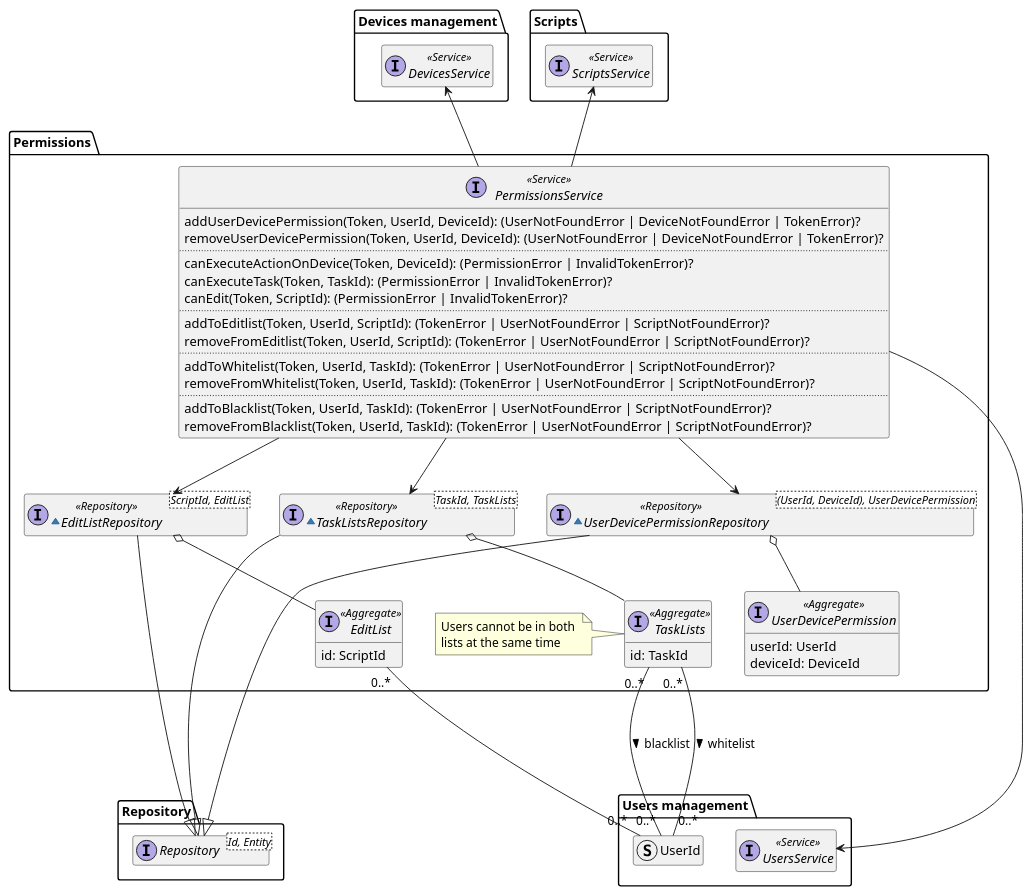
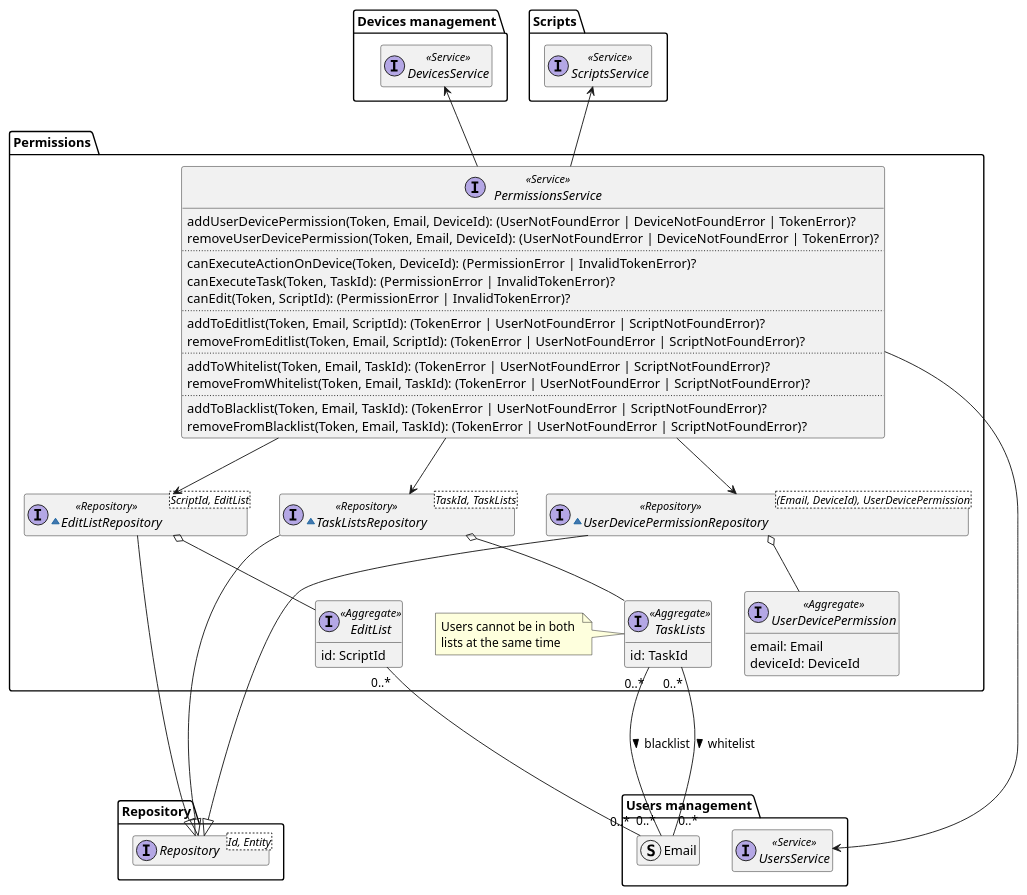
The diagram in diagrams/src/permissions-domain-model.puml (DomoticASW/.github), drawn with PlantUML before and after one commit. The commit also changed 7 other files, not shown here.

Commit message:
renamed UserId to Email in diagrams

```diff
--- a/diagrams/src/permissions-domain-model.puml
+++ b/diagrams/src/permissions-domain-model.puml
@@ -2,86 +2,86 @@
 @startuml permissions-domain-model
 
 hide empty members
 package Repository{
     interface Repository<Id, Entity>
 }
 
 package "Users management" as UsersManagement {
     interface UsersService <<Service>>
-    struct UserId
+    struct Email
 }
 
 package "Devices management" as DevicesManagement {
     interface DevicesService <<Service>>
 }
 
 package Scripts {
     interface ScriptsService <<Service>>
 }
 
 package "Permissions" {
     interface PermissionsService <<Service>> {
-        addUserDevicePermission(Token, UserId, DeviceId): (UserNotFoundError | DeviceNotFoundError | TokenError)?
-        removeUserDevicePermission(Token, UserId, DeviceId): (UserNotFoundError | DeviceNotFoundError | TokenError)?
+        addUserDevicePermission(Token, Email, DeviceId): (UserNotFoundError | DeviceNotFoundError | TokenError)?
+        removeUserDevicePermission(Token, Email, DeviceId): (UserNotFoundError | DeviceNotFoundError | TokenError)?
         ..
         canExecuteActionOnDevice(Token, DeviceId): (PermissionError | InvalidTokenError)?
         canExecuteTask(Token, TaskId): (PermissionError | InvalidTokenError)?
         canEdit(Token, ScriptId): (PermissionError | InvalidTokenError)?
         ..
-        addToEditlist(Token, UserId, ScriptId): (TokenError | UserNotFoundError | ScriptNotFoundError)?
-        removeFromEditlist(Token, UserId, ScriptId): (TokenError | UserNotFoundError | ScriptNotFoundError)?
+        addToEditlist(Token, Email, ScriptId): (TokenError | UserNotFoundError | ScriptNotFoundError)?
+        removeFromEditlist(Token, Email, ScriptId): (TokenError | UserNotFoundError | ScriptNotFoundError)?
         ..
-        addToWhitelist(Token, UserId, TaskId): (TokenError | UserNotFoundError | ScriptNotFoundError)?
-        removeFromWhitelist(Token, UserId, TaskId): (TokenError | UserNotFoundError | ScriptNotFoundError)?
+        addToWhitelist(Token, Email, TaskId): (TokenError | UserNotFoundError | ScriptNotFoundError)?
+        removeFromWhitelist(Token, Email, TaskId): (TokenError | UserNotFoundError | ScriptNotFoundError)?
         ..
-        addToBlacklist(Token, UserId, TaskId): (TokenError | UserNotFoundError | ScriptNotFoundError)?
-        removeFromBlacklist(Token, UserId, TaskId): (TokenError | UserNotFoundError | ScriptNotFoundError)?
+        addToBlacklist(Token, Email, TaskId): (TokenError | UserNotFoundError | ScriptNotFoundError)?
+        removeFromBlacklist(Token, Email, TaskId): (TokenError | UserNotFoundError | ScriptNotFoundError)?
     }
 
-    ~interface UserDevicePermissionRepository<(UserId, DeviceId), UserDevicePermission> <<Repository>> {
+    ~interface UserDevicePermissionRepository<(Email, DeviceId), UserDevicePermission> <<Repository>> {
     }
 
     interface UserDevicePermission <<Aggregate>> {
-        userId: UserId
+        email: Email
         deviceId: DeviceId
     }
 
     ~interface EditListRepository<ScriptId, EditList> <<Repository>> {
     }
 
     interface EditList <<Aggregate>> {
         id: ScriptId
     }
 
     ~interface TaskListsRepository<TaskId, TaskLists> <<Repository>> {
     }
 
     interface TaskLists <<Aggregate>> {
         id: TaskId
     }
 
     note left of TaskLists
         Users cannot be in both 
         lists at the same time
     end note
 
 
     PermissionsService -u-> DevicesManagement.DevicesService
     PermissionsService --> UsersManagement.UsersService
     PermissionsService -u-> Scripts.ScriptsService
     PermissionsService --> UserDevicePermissionRepository
     PermissionsService --> EditListRepository
     PermissionsService --> TaskListsRepository
     UserDevicePermissionRepository ----|> Repository.Repository
     UserDevicePermissionRepository o-- UserDevicePermission
-    EditList "0..*" -- "0..*" UsersManagement.UserId
+    EditList "0..*" -- "0..*" UsersManagement.Email
     EditListRepository --|> Repository.Repository
     EditListRepository o-- EditList
-    TaskLists "0..*" --- "0..*" UsersManagement.UserId : "blacklist >"
-    TaskLists "0..*" --- "0..*" UsersManagement.UserId : "whitelist >"
+    TaskLists "0..*" --- "0..*" UsersManagement.Email : "blacklist >"
+    TaskLists "0..*" --- "0..*" UsersManagement.Email : "whitelist >"
     TaskListsRepository --|> Repository.Repository
     TaskListsRepository o-- TaskLists
 
 }
 
 @enduml
```
